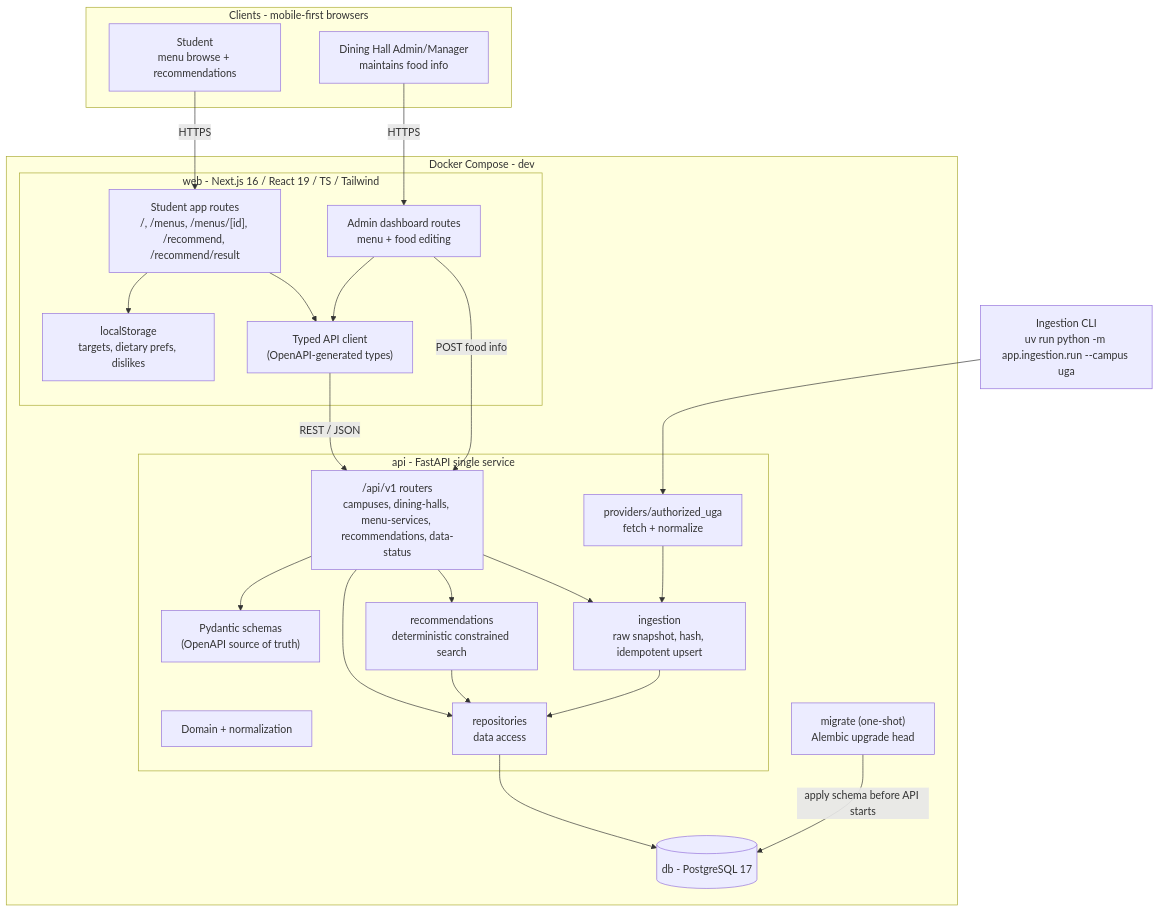
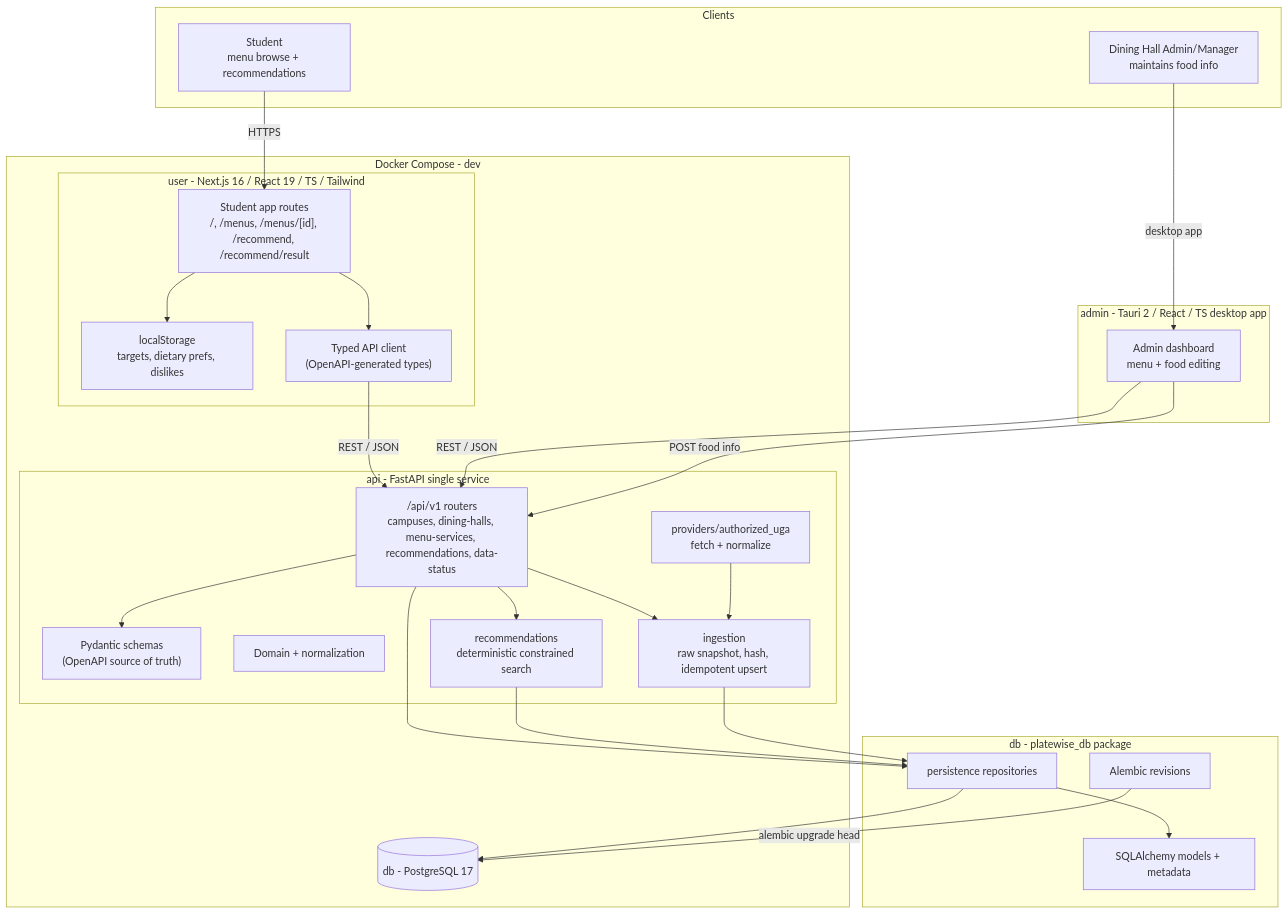
The first of 2 diagrams in docs/mvp-architecture.md (ImR10/PlateWise), drawn with Mermaid before and after one commit. The commit also changed other lines of this file and 222 other files, not shown here.

Commit message:
refactor: separate client, api, and database boundaries

````diff
--- a/docs/mvp-architecture.md
+++ b/docs/mvp-architecture.md
@@ -9,56 +9,60 @@
 ```mermaid
 flowchart TB
-    subgraph Clients [Clients - mobile-first browsers]
+    subgraph Clients [Clients]
         Student["Student<br/>menu browse + recommendations"]
         Admin["Dining Hall Admin/Manager<br/>maintains food info"]
     end
 
-    subgraph Web [web - Next.js 16 / React 19 / TS / Tailwind]
+    subgraph User [user - Next.js 16 / React 19 / TS / Tailwind]
         StudentUI["Student app routes<br/>/, /menus, /menus/[id], /recommend, /recommend/result"]
-        AdminUI["Admin dashboard routes<br/>menu + food editing"]
         LocalPrefs["localStorage<br/>targets, dietary prefs, dislikes"]
         ApiClient["Typed API client<br/>(OpenAPI-generated types)"]
+    end
+
+    subgraph AdminApp [admin - Tauri 2 / React / TS desktop app]
+        AdminUI["Admin dashboard<br/>menu + food editing"]
     end
 
     subgraph API [api - FastAPI single service]
         Router["/api/v1 routers<br/>campuses, dining-halls, menu-services, recommendations, data-status"]
         Schemas["Pydantic schemas<br/>(OpenAPI source of truth)"]
         Domain["Domain + normalization"]
         Providers["providers/authorized_uga<br/>fetch + normalize"]
         Ingestion["ingestion<br/>raw snapshot, hash, idempotent upsert"]
-        Repos["repositories<br/>data access"]
         Rec["recommendations<br/>deterministic constrained search"]
     end
 
-    Migrate["migrate (one-shot)<br/>Alembic upgrade head"]
+    subgraph DBPackage [db - platewise_db package]
+        Models["SQLAlchemy models + metadata"]
+        Repos["persistence repositories"]
+        Migrations["Alembic revisions"]
+    end
+
     DB[("db - PostgreSQL 17")]
-    IngestCLI["Ingestion CLI<br/>uv run python -m app.ingestion.run --campus uga"]
 
     Student -->|HTTPS| StudentUI
-    Admin -->|HTTPS| AdminUI
+    Admin -->|desktop app| AdminUI
     StudentUI --> LocalPrefs
     StudentUI --> ApiClient
-    AdminUI --> ApiClient
     ApiClient -->|REST / JSON| Router
+    AdminUI -->|REST / JSON| Router
 
     Router --> Schemas
     Router --> Repos
     Router --> Rec
     Rec --> Repos
+    Repos --> Models
     Repos --> DB
 
     AdminUI -->|POST food info| Router
     Router --> Ingestion
-    IngestCLI --> Providers
     Providers --> Ingestion
     Ingestion --> Repos
-
-    Migrate -->|apply schema before API starts| DB
+    Migrations -->|alembic upgrade head| DB
 
     subgraph Compose [Docker Compose - dev]
-        Web
+        User
         API
-        Migrate
         DB
     end
 ```
````
